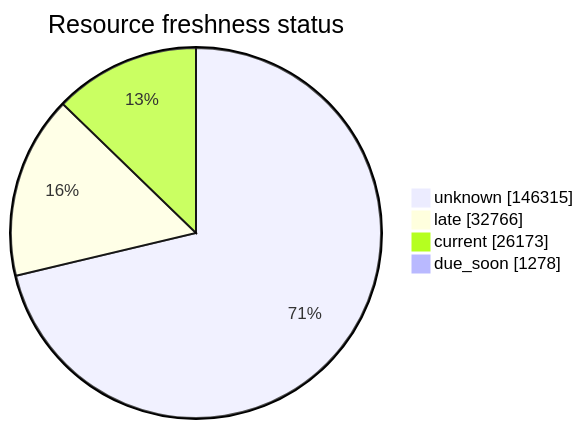
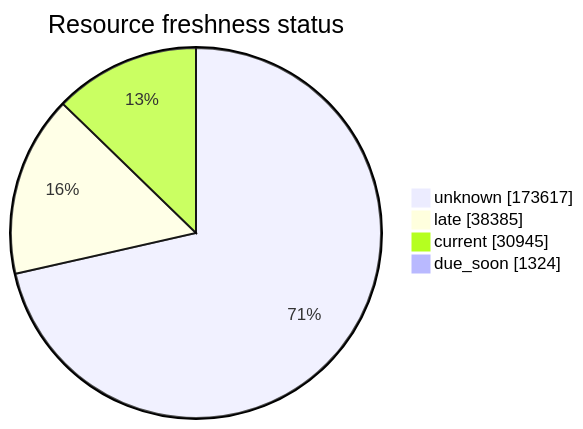
Before and after one commit to open-data/analytics-corporate-reporting: the third of 5 diagrams in FreshCheck/README.md, drawn with Mermaid. The commit also changed other lines of this file and 3 other files, not shown here.

````diff
--- a/FreshCheck/README.md
+++ b/FreshCheck/README.md
@@ -77,7 +77,7 @@
 ```mermaid
 pie showData title Resource freshness status
-    "unknown": 146315
-    "late": 32766
-    "current": 26173
-    "due_soon": 1278
+    "unknown": 173617
+    "late": 38385
+    "current": 30945
+    "due_soon": 1324
 ```
````
